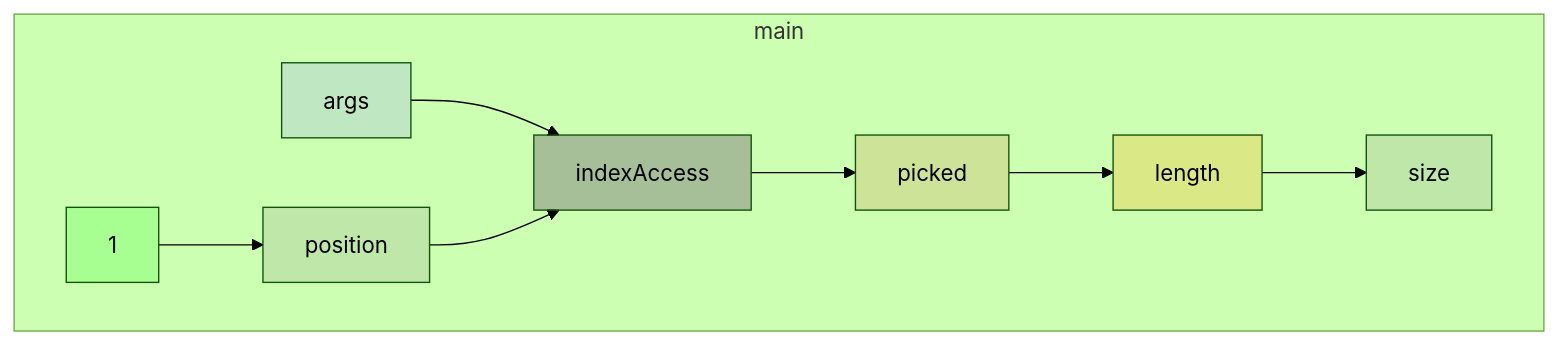
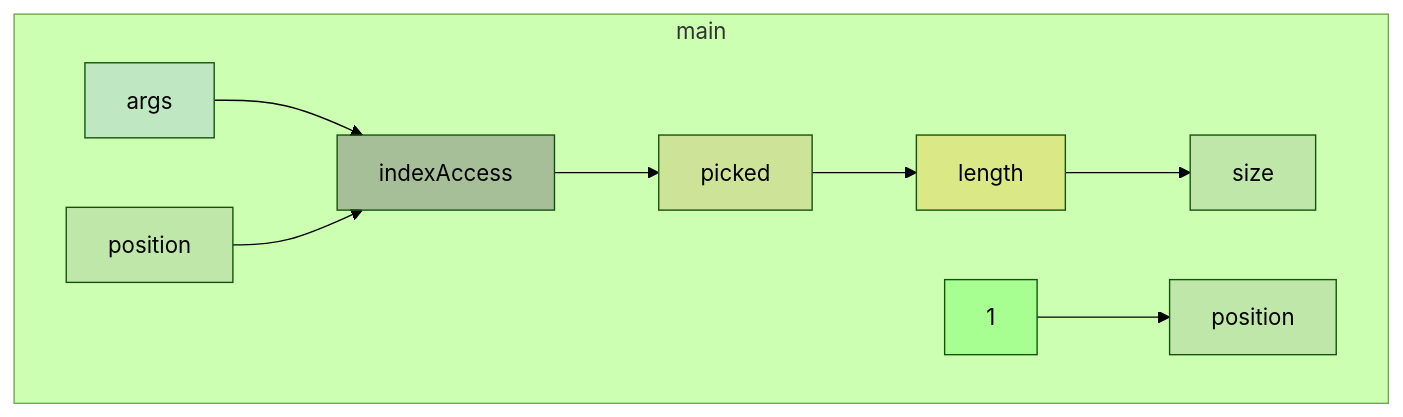
The diagram in app/src/test/resources/arrayAccess/spike-truth.md (gstiebler/codeflow), drawn with Mermaid (forest theme) before and after one commit. The commit also changed 46 other files, not shown here.

````diff
--- a/app/src/test/resources/arrayAccess/spike-truth.md
+++ b/app/src/test/resources/arrayAccess/spike-truth.md
@@ -3,25 +3,26 @@
 ```mermaid
 flowchart TD
   subgraph m0["main"]
     n0["indexAccess"]:::BIN_OP
     n1["length"]:::EXTERNAL
     n2["args"]:::FUNC_PARAM
     n3["1"]:::LITERAL
     n4["picked"]:::OBJ_VARIABLE
     n5["position"]:::VARIABLE
-    n6["size"]:::VARIABLE
+    n6["position"]:::VARIABLE
+    n7["size"]:::VARIABLE
   end
   n0 --> n4
-  n1 --> n6
+  n1 --> n7
   n2 --> n0
-  n3 --> n5
+  n3 --> n6
   n4 --> n1
   n5 --> n0
   classDef LITERAL fill:#00FF0030
   classDef VARIABLE fill:#80808030
   classDef BIN_OP fill:#80808080
   classDef FUNC_PARAM fill:#8080FF30
   classDef RETURN fill:#FF808080
   classDef EXTERNAL fill:#FFA50040
   classDef UNMODELLED fill:#FF000030,stroke-dasharray: 4 2
 ```
````
